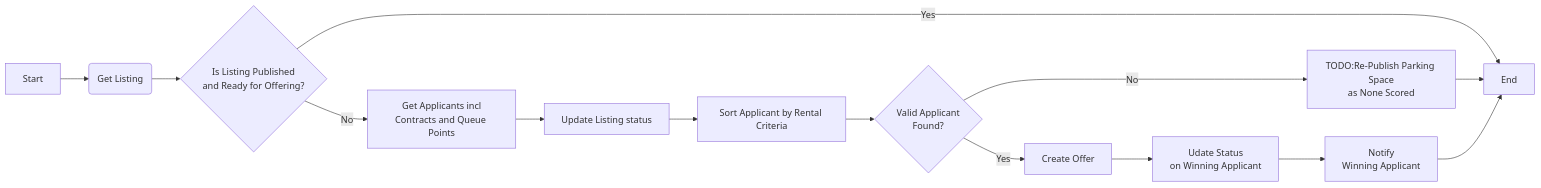
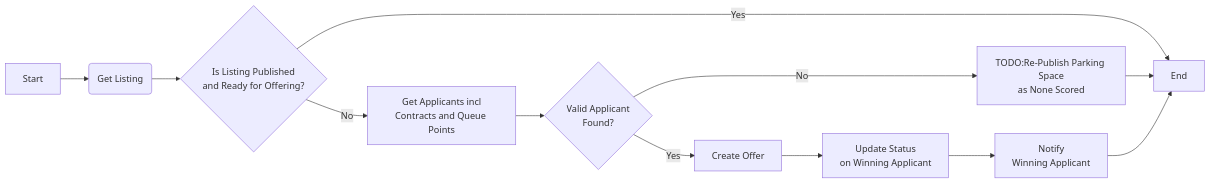
The first of 2 diagrams in core/src/processes/parkingspaces/internal/DOCS_Create_Offer_for_Scored_Parking_Space.md (Bostads-AB-Mimer/onecore), drawn with Mermaid before and after one commit. The commit also changed other lines of this file and 8 other files, not shown here.

````diff
--- a/core/src/processes/parkingspaces/internal/DOCS_Create_Offer_for_Scored_Parking_Space.md
+++ b/core/src/processes/parkingspaces/internal/DOCS_Create_Offer_for_Scored_Parking_Space.md
@@ -5,16 +5,15 @@
 ```mermaid
 flowchart LR
 A[Start] -->B(Get Listing)
 B --> C{Is Listing Published<br/>and Ready for Offering?}
 C --> |Yes| O
 C --> |No| D[Get Applicants incl<br/>Contracts and Queue Points]
-D --> K[Update Listing status]
-K --> E[Sort Applicant by Rental Criteria]
-E --> F{Valid Applicant<br/>Found?}
+
+D --> F{Valid Applicant<br/>Found?}
 F --> |No| G[TODO:Re-Publish Parking Space<br/>as None Scored]
 G --> O[End]
 F --> |Yes| H[Create Offer]
-H --> I[Udate Status<br/>on Winning Applicant]
+H --> I[Update Status<br/>on Winning Applicant]
 I --> J[Notify<br/>Winning Applicant]
 J --> O
 ```
````
